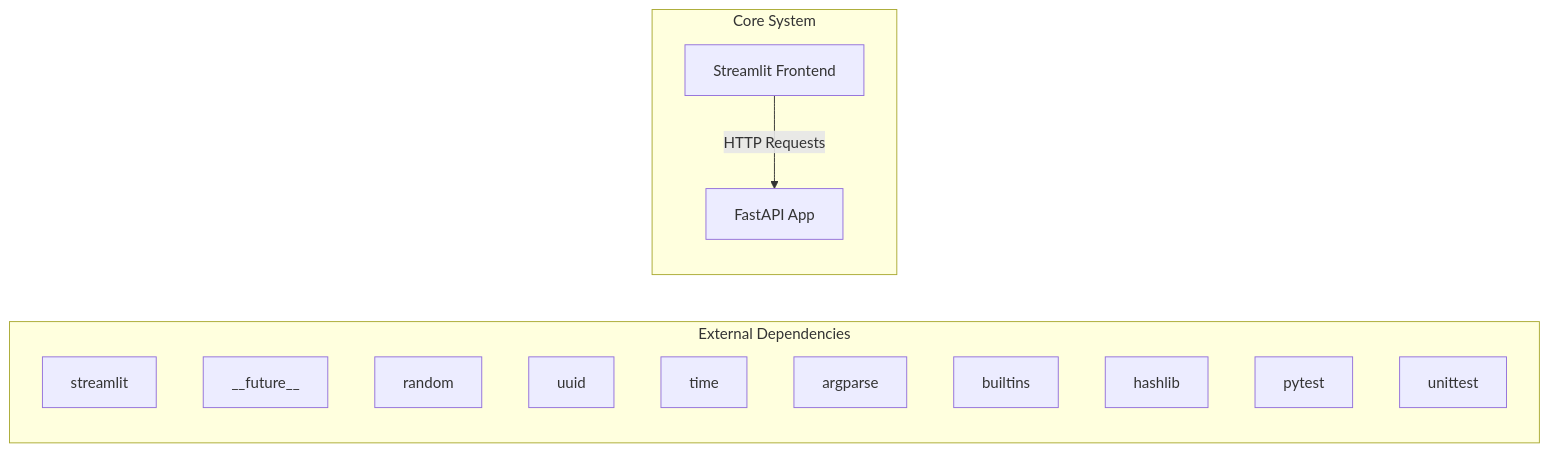
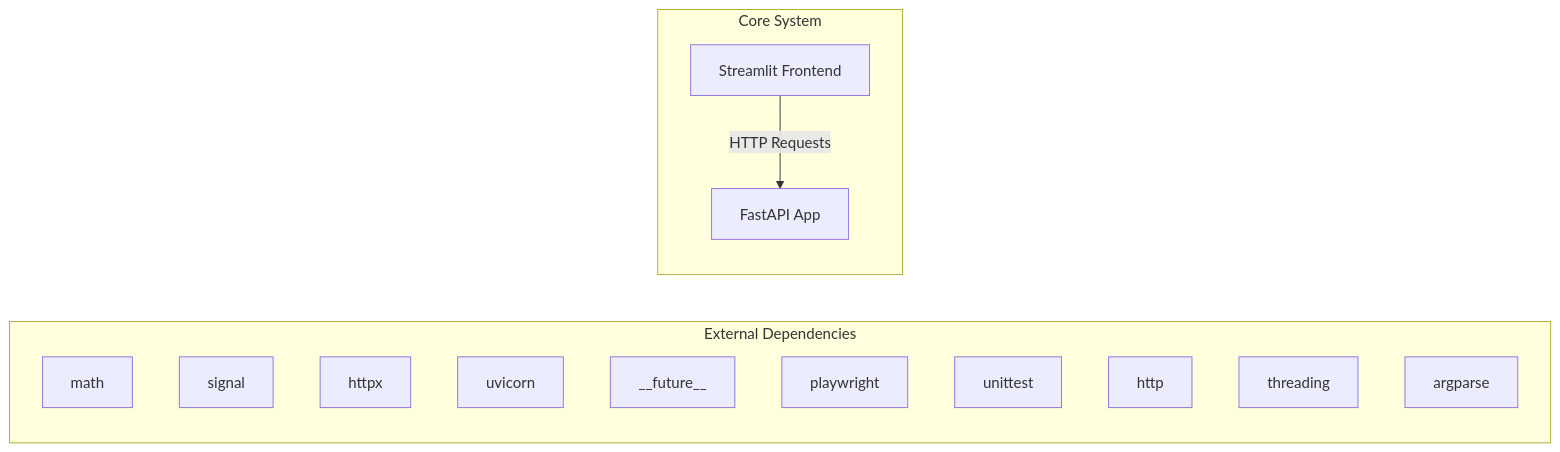
Before and after one commit to NITISH-R-G/rag-context-optimizer: the first of 2 diagrams in docs/architecture.md, drawn with Mermaid. The commit also changed 1 other file, not shown here.

Commit message:
docs: auto-update repository knowledge, architecture diagrams, and documentation

````diff
--- a/docs/architecture.md
+++ b/docs/architecture.md
@@ -7,20 +7,20 @@
 ```mermaid
 graph LR
     subgraph External Dependencies
-        E0["streamlit"]
-        E1["__future__"]
-        E2["random"]
-        E3["uuid"]
-        E4["time"]
-        E5["argparse"]
-        E6["builtins"]
-        E7["hashlib"]
-        E8["pytest"]
-        E9["unittest"]
+        E0["math"]
+        E1["signal"]
+        E2["httpx"]
+        E3["uvicorn"]
+        E4["__future__"]
+        E5["playwright"]
+        E6["unittest"]
+        E7["http"]
+        E8["threading"]
+        E9["argparse"]
     end
     subgraph Core System
         API["FastAPI App"]
         UI["Streamlit Frontend"]
     end
     UI -->|HTTP Requests| API
 ```
````
